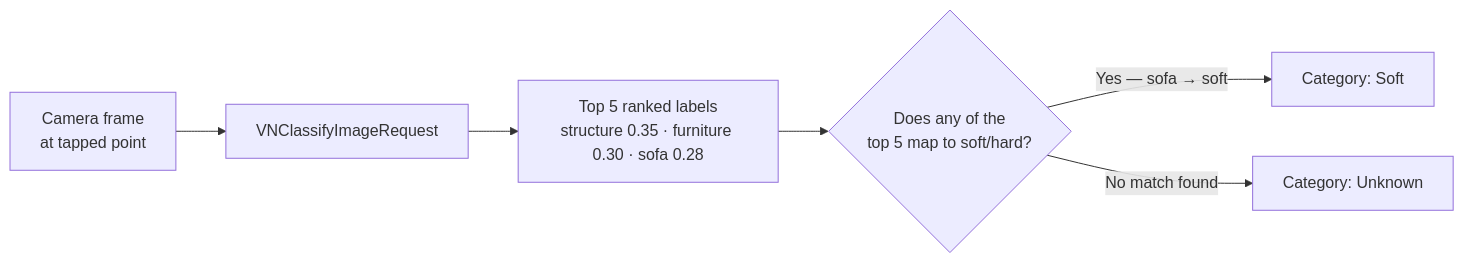
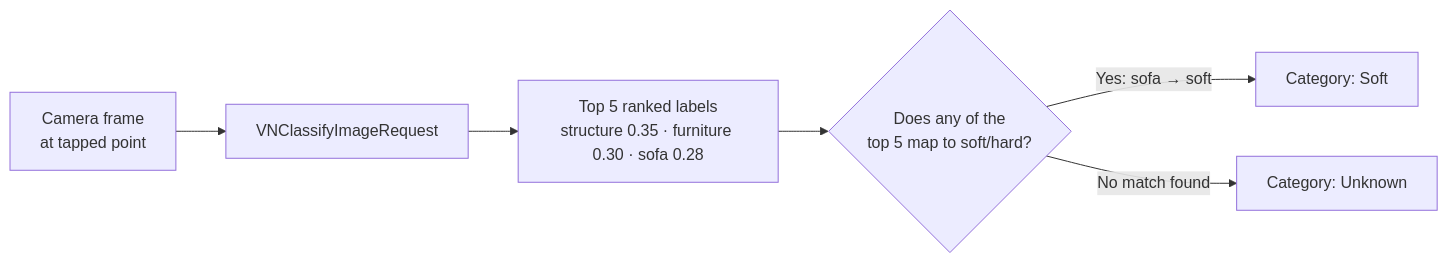
Before and after one commit to storyofhis/maula.zee: the second of 2 diagrams in content/projects/sonar-apple-challenge-5.md, drawn with Mermaid. The commit also changed other lines of this file and 32 other files, not shown here.

````diff
--- a/content/projects/sonar-apple-challenge-5.md
+++ b/content/projects/sonar-apple-challenge-5.md
@@ -82,8 +82,8 @@
 ```mermaid
 flowchart LR
     Frame["Camera frame\nat tapped point"] --> Vision["VNClassifyImageRequest"]
     Vision --> Ranked["Top 5 ranked labels\nstructure 0.35 · furniture 0.30 · sofa 0.28"]
     Ranked --> Check{"Does any of the\ntop 5 map to soft/hard?"}
-    Check -->|"Yes — sofa → soft"| Soft["Category: Soft"]
+    Check -->|"Yes: sofa → soft"| Soft["Category: Soft"]
     Check -->|"No match found"| Unknown["Category: Unknown"]
 ```
````
